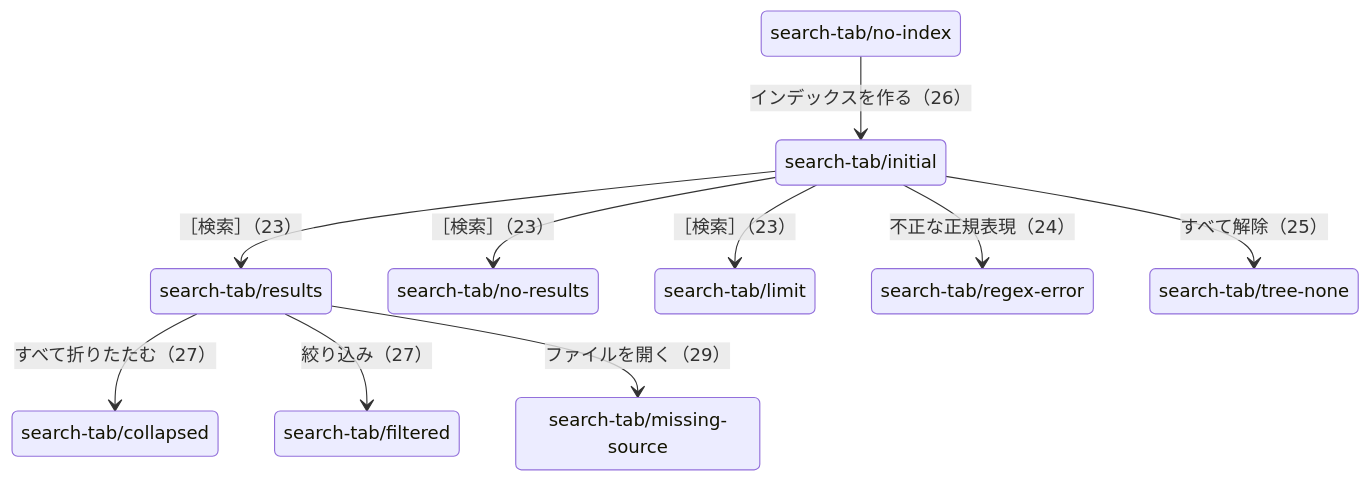
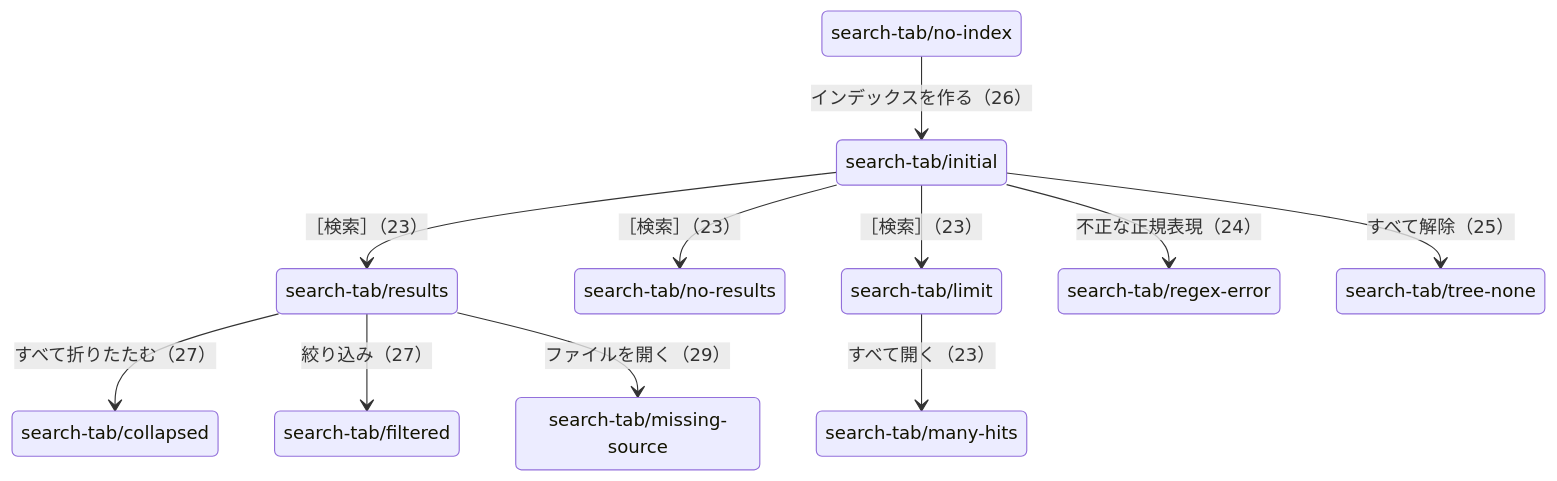
Before and after one commit to hsgwa/tebunko: the diagram in docs/design/gui/screens/search-tab.md, drawn with Mermaid. The commit also changed other lines of this file and 16 other files, not shown here.

````diff
--- a/docs/design/gui/screens/search-tab.md
+++ b/docs/design/gui/screens/search-tab.md
@@ -19,22 +19,24 @@
 ```mermaid
 stateDiagram-v2
     state "search-tab/no-index" as noindex
     state "search-tab/initial" as initial
     state "search-tab/results" as results
     state "search-tab/no-results" as noresults
     state "search-tab/limit" as limit
+    state "search-tab/many-hits" as manyhits
     state "search-tab/regex-error" as regex
     state "search-tab/tree-none" as tree
     state "search-tab/collapsed" as collapsed
     state "search-tab/filtered" as filtered
     state "search-tab/missing-source" as missing
     noindex --> initial: インデックスを作る（26）
     initial --> results: ［検索］（23）
     initial --> noresults: ［検索］（23）
     initial --> limit: ［検索］（23）
+    limit --> manyhits: すべて開く（23）
     initial --> regex: 不正な正規表現（24）
     initial --> tree: すべて解除（25）
     results --> collapsed: すべて折りたたむ（27）
     results --> filtered: 絞り込み（27）
     results --> missing: ファイルを開く（29）
 ```
````
